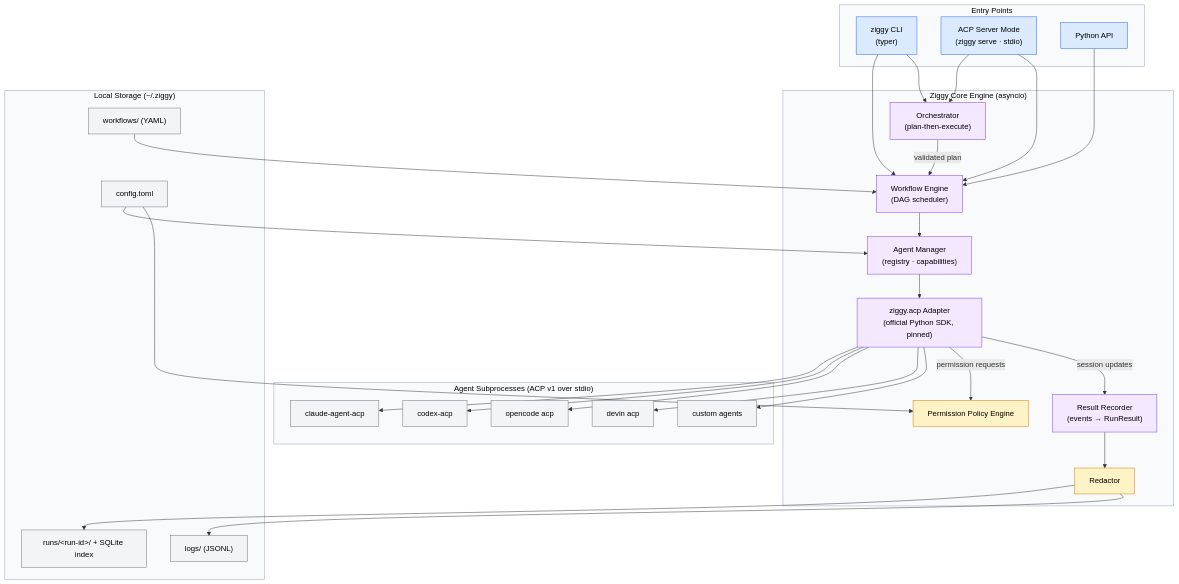
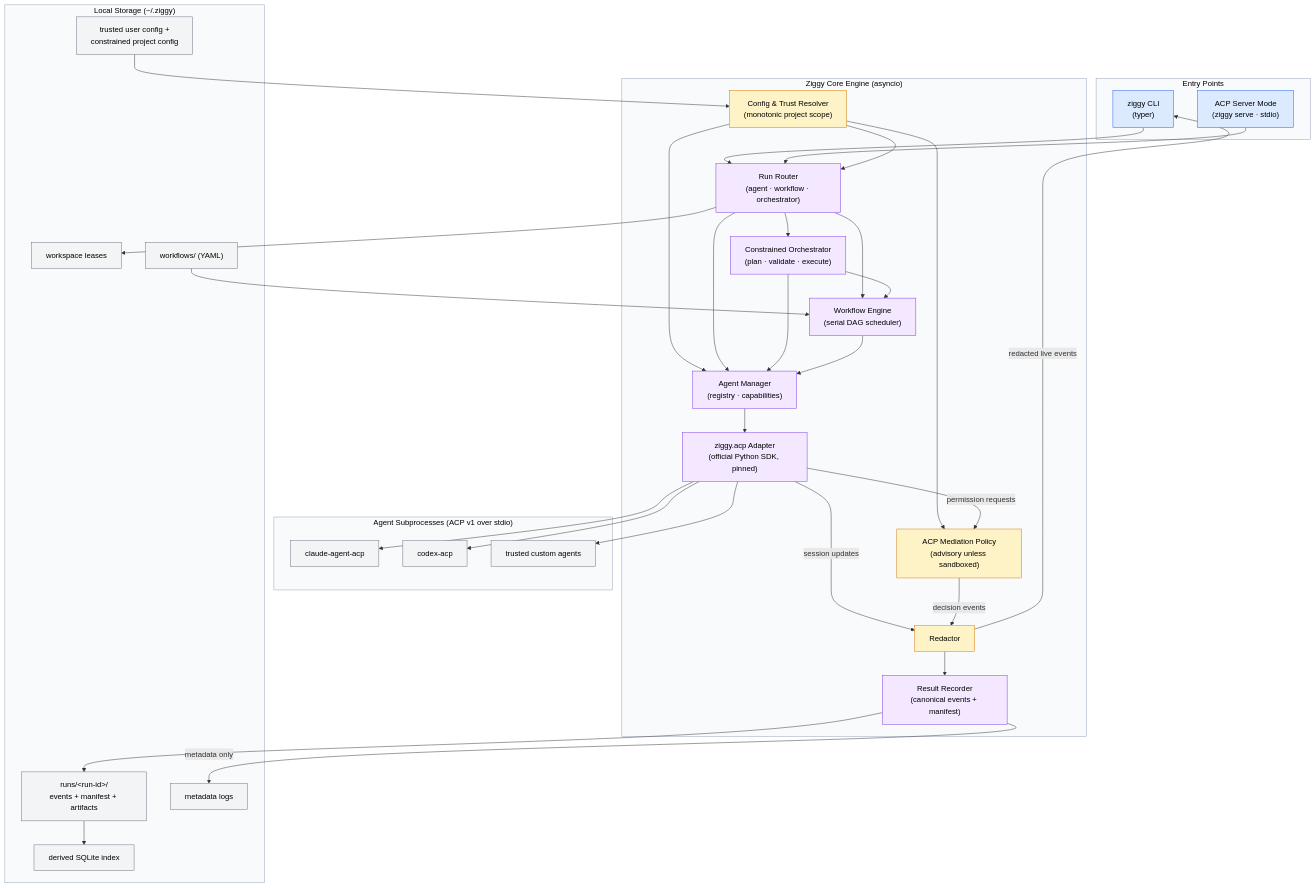
One commit to sequenzia/ziggy changed the third of 5 diagrams in specs/ziggy-mvp-SPEC.md. Above: the diagram before and after it, drawn with Mermaid. The commit also changed other lines of this file, not shown here.

````diff
--- a/specs/ziggy-mvp-SPEC.md
+++ b/specs/ziggy-mvp-SPEC.md
@@ -507,65 +624,71 @@
 ```mermaid
 flowchart TD
     subgraph entry["Entry Points"]
         CLI["ziggy CLI<br/>(typer)"]:::primary
         SRV["ACP Server Mode<br/>(ziggy serve · stdio)"]:::primary
-        PYAPI["Python API"]:::primary
     end
 
     subgraph core["Ziggy Core Engine (asyncio)"]
-        ORCH["Orchestrator<br/>(plan-then-execute)"]:::secondary
-        WF["Workflow Engine<br/>(DAG scheduler)"]:::secondary
+        TRUST["Config & Trust Resolver<br/>(monotonic project scope)"]:::warning
+        ROUTE["Run Router<br/>(agent · workflow · orchestrator)"]:::secondary
+        ORCH["Constrained Orchestrator<br/>(plan · validate · execute)"]:::secondary
+        WF["Workflow Engine<br/>(serial DAG scheduler)"]:::secondary
         AM["Agent Manager<br/>(registry · capabilities)"]:::secondary
-        POL["Permission Policy Engine"]:::warning
+        POL["ACP Mediation Policy<br/>(advisory unless sandboxed)"]:::warning
         ACPAD["ziggy.acp Adapter<br/>(official Python SDK, pinned)"]:::secondary
-        RES["Result Recorder<br/>(events → RunResult)"]:::secondary
+        RES["Result Recorder<br/>(canonical events + manifest)"]:::secondary
         RED["Redactor"]:::warning
     end
 
     subgraph agents["Agent Subprocesses (ACP v1 over stdio)"]
         A1["claude-agent-acp"]:::neutral
         A2["codex-acp"]:::neutral
-        A3["opencode acp"]:::neutral
-        A4["devin acp"]:::neutral
-        A5["custom agents"]:::neutral
+        A3["trusted custom agents"]:::neutral
     end
 
     subgraph store["Local Storage (~/.ziggy)"]
-        CFG["config.toml"]:::neutral
-        RUNS["runs/&lt;run-id&gt;/ + SQLite index"]:::neutral
-        LOGS["logs/ (JSONL)"]:::neutral
+        CFG["trusted user config +<br/>constrained project config"]:::neutral
+        RUNS["runs/&lt;run-id&gt;/<br/>events + manifest + artifacts"]:::neutral
+        IDX["derived SQLite index"]:::neutral
+        LOCKS["workspace leases"]:::neutral
+        LOGS["metadata logs"]:::neutral
         WFS["workflows/ (YAML)"]:::neutral
     end
 
-    CLI --> WF
-    CLI --> ORCH
-    SRV --> ORCH
-    SRV --> WF
-    PYAPI --> WF
-    ORCH -->|validated plan| WF
+    CLI --> ROUTE
+    SRV --> ROUTE
+    CFG --> TRUST
+    TRUST --> ROUTE
+    TRUST --> AM
+    TRUST --> POL
+    ROUTE --> AM
+    ROUTE --> WF
+    ROUTE --> ORCH
+    ROUTE --> LOCKS
+    ORCH --> AM
+    ORCH --> WF
     WF --> AM
     AM --> ACPAD
     ACPAD --> A1
     ACPAD --> A2
     ACPAD --> A3
-    ACPAD --> A4
-    ACPAD --> A5
     ACPAD -->|permission requests| POL
-    ACPAD -->|session updates| RES
-    RES --> RED
-    RED --> RUNS
-    RED --> LOGS
-    CFG --> AM
-    CFG --> POL
+    ACPAD -->|session updates| RED
+    POL -->|decision events| RED
+    RED --> RES
+    RED -->|redacted live events| CLI
+    RES --> RUNS
+    RUNS --> IDX
+    RES -->|metadata only| LOGS
     WFS --> WF
 
     classDef primary fill:#dbeafe,stroke:#2563eb,color:#000
     classDef secondary fill:#f3e8ff,stroke:#7c3aed,color:#000
     classDef warning fill:#fef3c7,stroke:#d97706,color:#000
     classDef neutral fill:#f3f4f6,stroke:#6b7280,color:#000
 
     style entry fill:#f8fafc,stroke:#94a3b8,color:#000
     style core fill:#f8fafc,stroke:#94a3b8,color:#000
     style agents fill:#f8fafc,stroke:#94a3b8,color:#000
     style store fill:#f8fafc,stroke:#94a3b8,color:#000
 ```
````
